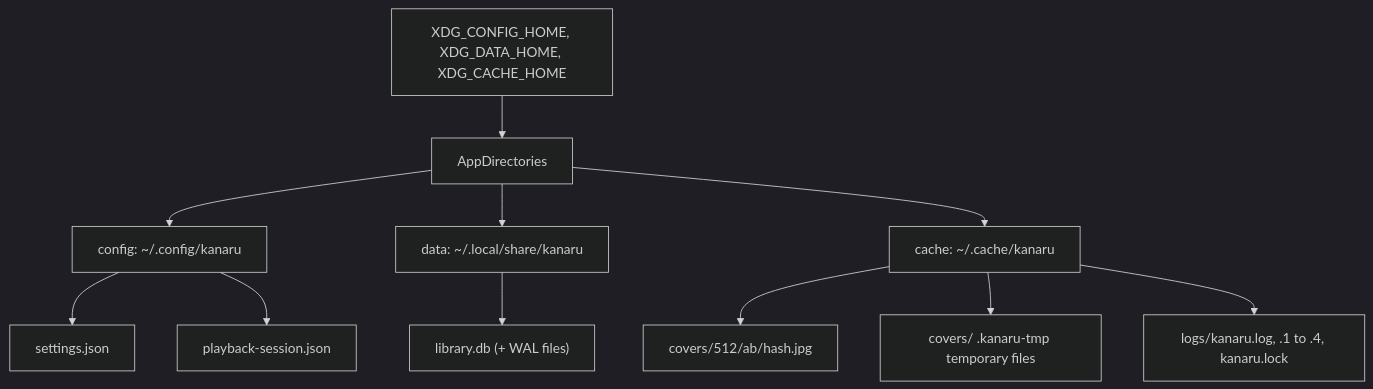
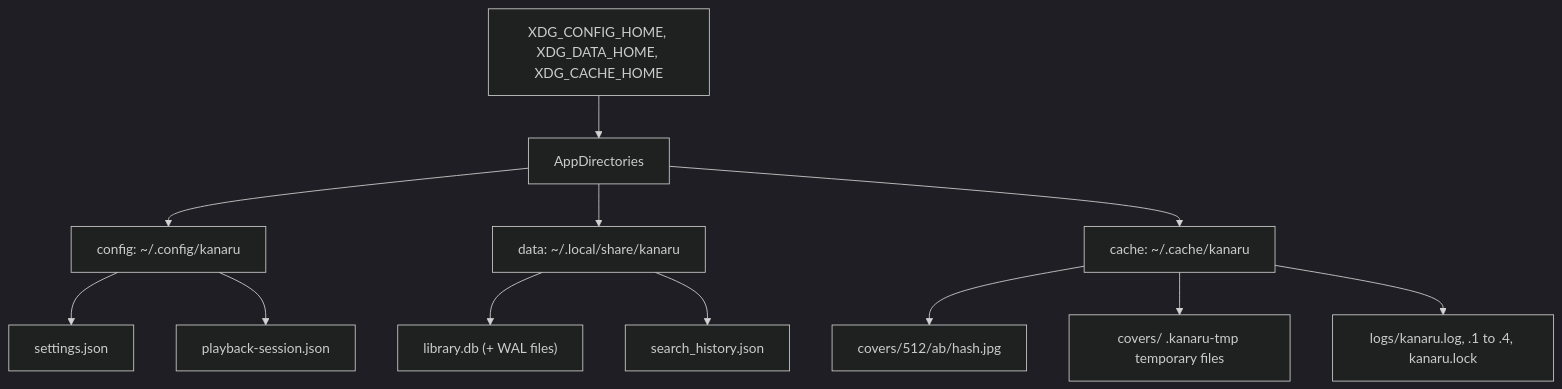
The sixth of 8 diagrams in docs/system-architecture.md (kanaru313/kanaru), drawn with Mermaid (dark theme) before and after one commit. The commit also changed other lines of this file and 7 other files, not shown here.

First line of the commit message:
feat(search): keep search history and chosen search fields in a JSON file

````diff
--- a/docs/system-architecture.md
+++ b/docs/system-architecture.md
@@ -323,13 +323,14 @@
 ```mermaid
 flowchart TB
     Env["XDG_CONFIG_HOME, XDG_DATA_HOME, XDG_CACHE_HOME"] --> Res["AppDirectories"]
     Res --> Cfg["config: ~/.config/kanaru"]
     Res --> Data["data: ~/.local/share/kanaru"]
     Res --> Cache["cache: ~/.cache/kanaru"]
     Cfg --> Settings["settings.json"]
     Cfg --> Session["playback-session.json"]
     Data --> Lib["library.db (+ WAL files)"]
+    Data --> SearchHist["search_history.json"]
     Cache --> Covers["covers/512/ab/hash.jpg"]
     Cache --> Tmp["covers/ .kanaru-tmp temporary files"]
     Cache --> Logs["logs/kanaru.log, .1 to .4, kanaru.lock"]
 ```
````
